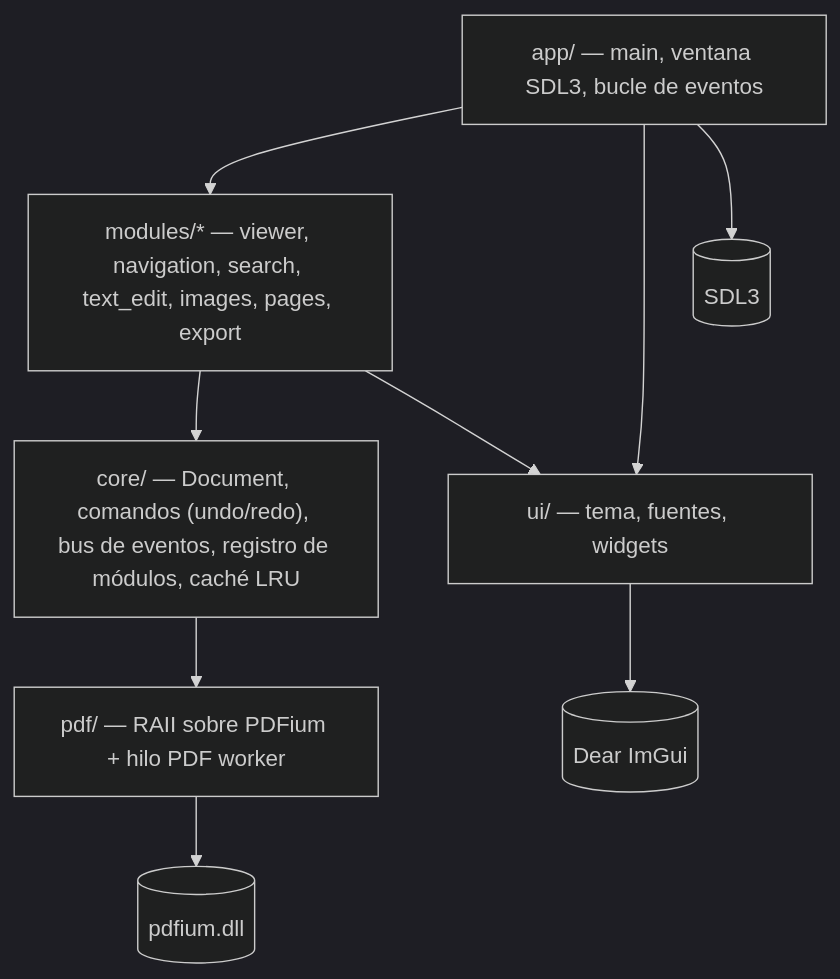
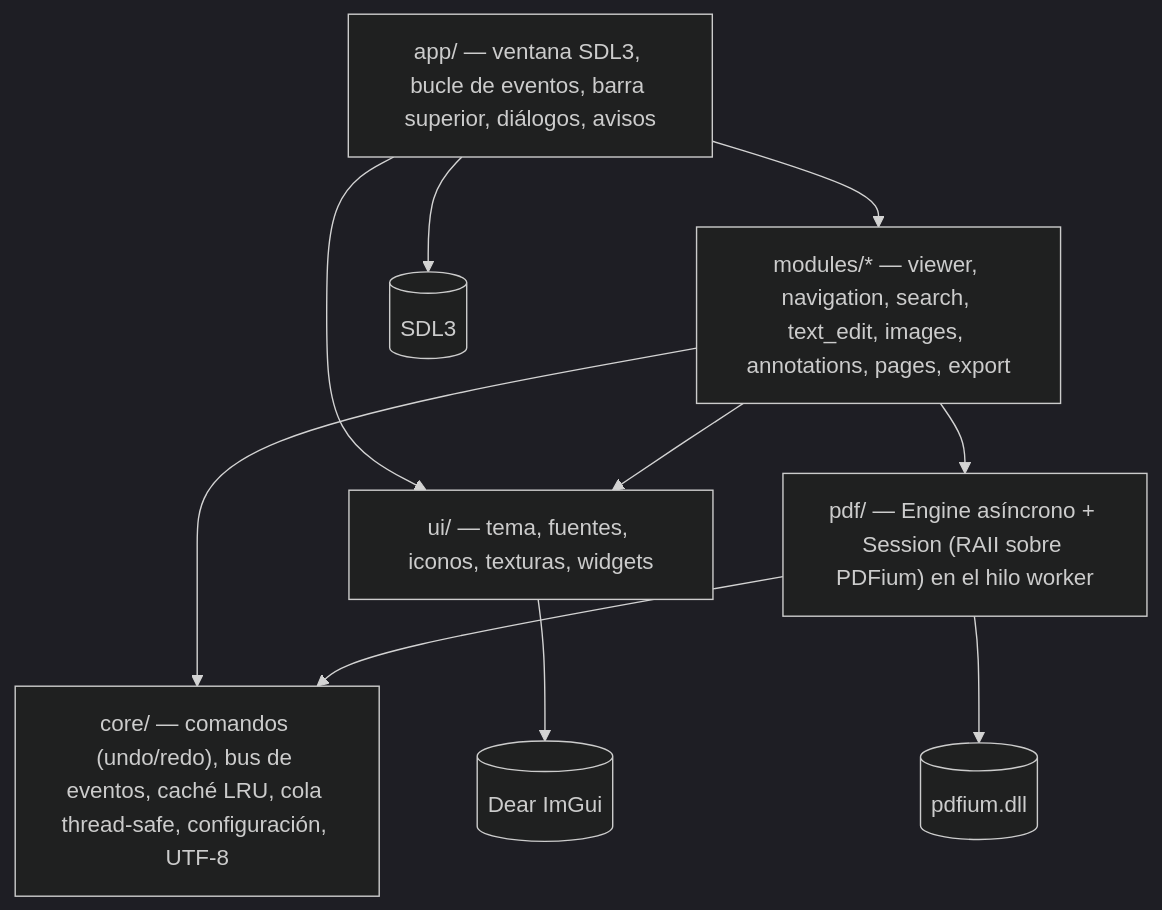
Before and after one commit to Superbaay/pdf-lite: the first of 4 diagrams in docs/ARCHITECTURE.md, drawn with Mermaid (dark theme). The commit also changed other lines of this file and 7 other files, not shown here.

````diff
--- a/docs/ARCHITECTURE.md
+++ b/docs/ARCHITECTURE.md
@@ -5,20 +5,21 @@
 ```mermaid
 flowchart TD
-    app["app/ — main, ventana SDL3, bucle de eventos"]
-    modules["modules/* — viewer, navigation, search, text_edit, images, pages, export"]
-    ui["ui/ — tema, fuentes, widgets"]
-    core["core/ — Document, comandos (undo/redo), bus de eventos, registro de módulos, caché LRU"]
-    pdf["pdf/ — RAII sobre PDFium + hilo PDF worker"]
+    app["app/ — ventana SDL3, bucle de eventos, barra superior, diálogos, avisos"]
+    modules["modules/* — viewer, navigation, search, text_edit, images, annotations, pages, export"]
+    ui["ui/ — tema, fuentes, iconos, texturas, widgets"]
+    core["core/ — comandos (undo/redo), bus de eventos, caché LRU, cola thread-safe, configuración, UTF-8"]
+    pdf["pdf/ — Engine asíncrono + Session (RAII sobre PDFium) en el hilo worker"]
     pdfium[("pdfium.dll")]
     sdl[("SDL3")]
     imgui[("Dear ImGui")]
 
     app --> modules
     app --> ui
     modules --> core
     modules --> ui
-    core --> pdf
+    modules --> pdf
+    pdf --> core
     pdf --> pdfium
     app --> sdl
     ui --> imgui
 ```
````
